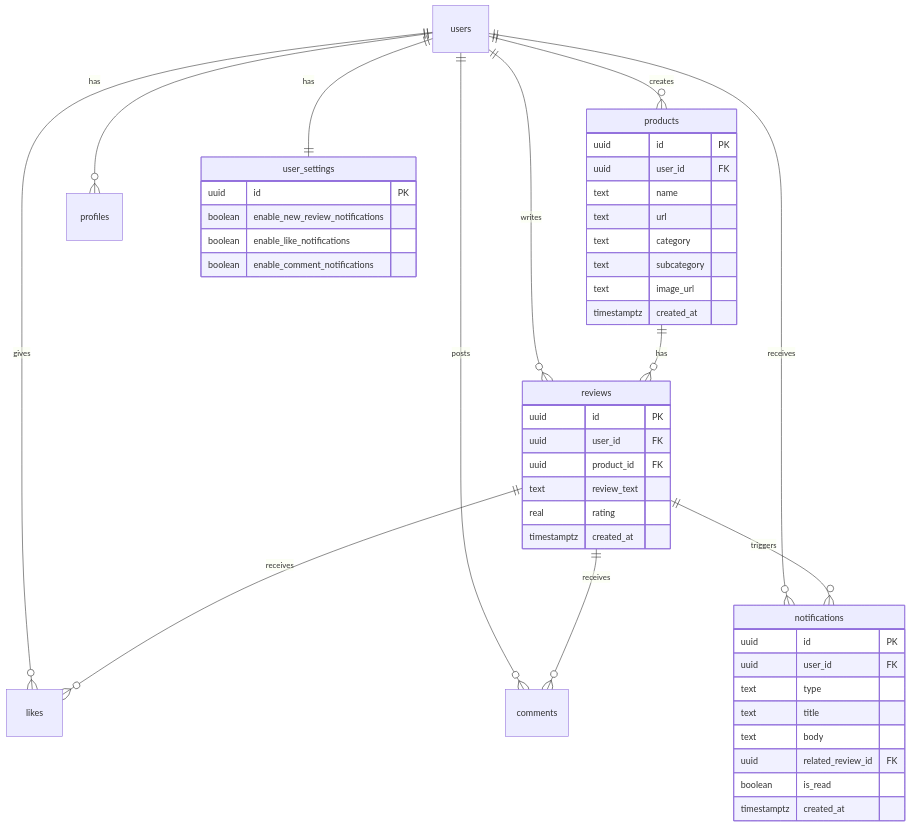
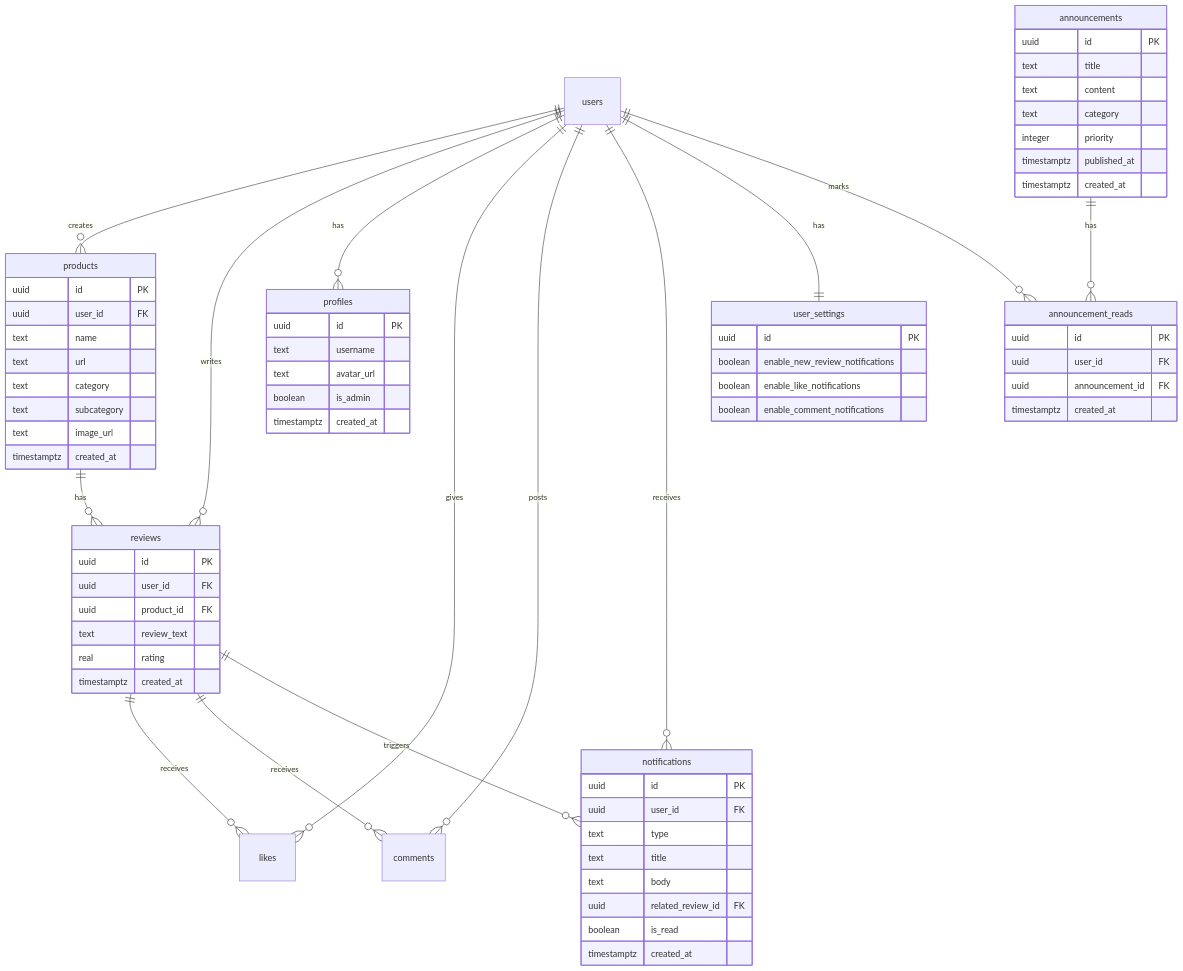
One commit to kyo09427/favlog_app changed the second of 2 diagrams in README.md. Above: the diagram before and after it, drawn with Mermaid. The commit also changed other lines of this file and 14 other files, not shown here.

````diff
--- a/README.md
+++ b/README.md
@@ -186,53 +197,81 @@
 ```mermaid
 erDiagram
     users ||--o{ products : creates
     users ||--o{ reviews : writes
     users ||--o{ profiles : has
     users ||--o{ likes : gives
     users ||--o{ comments : posts
     users ||--o{ notifications : receives
     users ||--|| user_settings : has
+    users ||--o{ announcement_reads : marks
     
     products ||--o{ reviews : has
     reviews ||--o{ likes : receives
     reviews ||--o{ comments : receives
     reviews ||--o{ notifications : triggers
+    
+    announcements ||--o{ announcement_reads : has
     
     products {
         uuid id PK
         uuid user_id FK
         text name
         text url
         text category
         text subcategory
         text image_url
         timestamptz created_at
     }
     
     reviews {
         uuid id PK
         uuid user_id FK
         uuid product_id FK
         text review_text
         real rating
         timestamptz created_at
     }
     
+    profiles {
+        uuid id PK
+        text username
+        text avatar_url
+        boolean is_admin
+        timestamptz created_at
+    }
+    
+    announcements {
+        uuid id PK
+        text title
+        text content
+        text category
+        integer priority
+        timestamptz published_at
+        timestamptz created_at
+    }
+    
+    announcement_reads {
+        uuid id PK
+        uuid user_id FK
+        uuid announcement_id FK
+        timestamptz created_at
+    }
+    
     notifications {
         uuid id PK
         uuid user_id FK
         text type
         text title
         text body
         uuid related_review_id FK
         boolean is_read
         timestamptz created_at
     }
     
     user_settings {
         uuid id PK
         boolean enable_new_review_notifications
         boolean enable_like_notifications
         boolean enable_comment_notifications
     }
 ```
````
